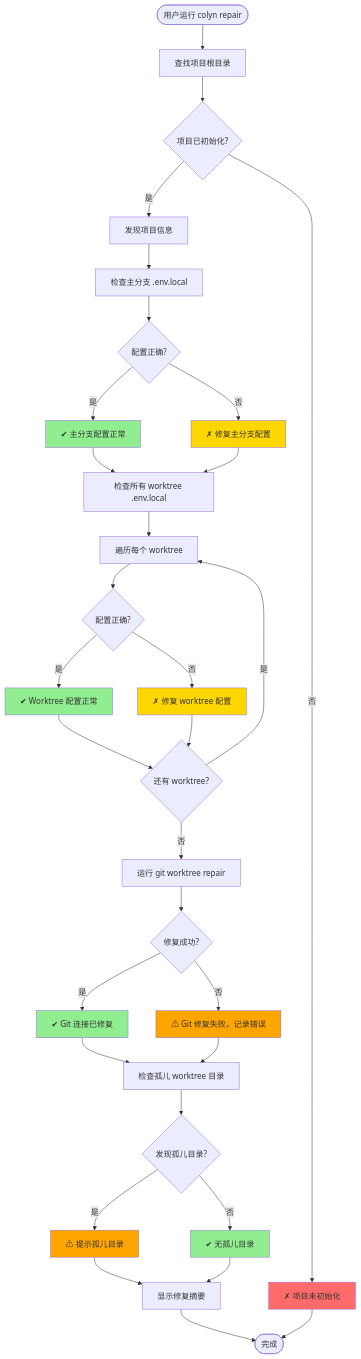
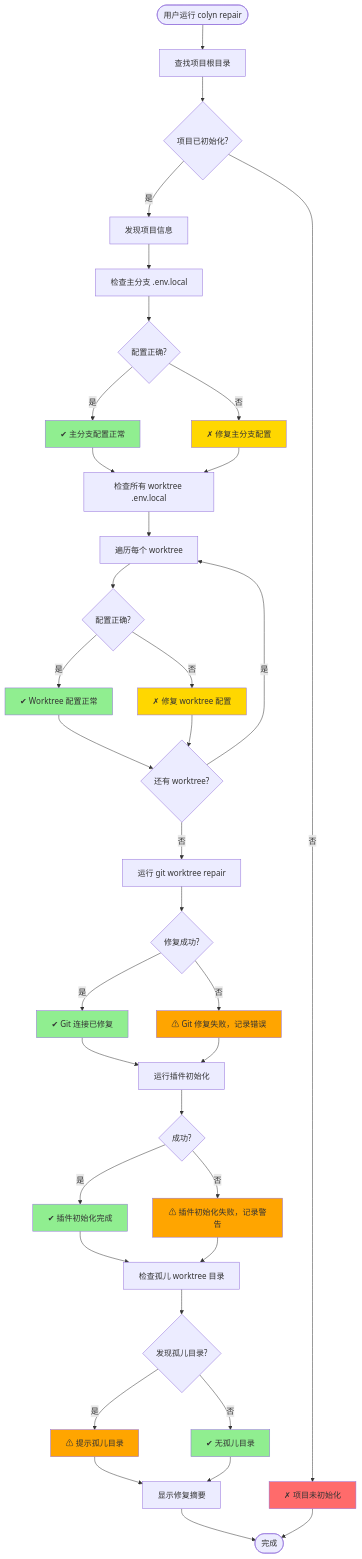
Before and after one commit to colin-han/colyn: the first of 4 diagrams in docs/design-repair-command.md, drawn with Mermaid. The commit also changed other lines of this file and 9 other files, not shown here.

````diff
--- a/docs/design-repair-command.md
+++ b/docs/design-repair-command.md
@@ -142,53 +144,62 @@
 ```mermaid
 graph TD
     Start([用户运行 colyn repair]) --> FindRoot[查找项目根目录]
     FindRoot --> CheckInit{项目已初始化?}
 
     CheckInit -->|否| ErrorNotInit[✗ 项目未初始化]
     CheckInit -->|是| Discovery[发现项目信息]
 
     Discovery --> CheckMain[检查主分支 .env.local]
     CheckMain --> MainOK{配置正确?}
     MainOK -->|是| MainPass[✔ 主分支配置正常]
     MainOK -->|否| FixMain[✗ 修复主分支配置]
 
     MainPass --> CheckWorktrees[检查所有 worktree .env.local]
     FixMain --> CheckWorktrees
 
     CheckWorktrees --> ForEachWT[遍历每个 worktree]
     ForEachWT --> WTOK{配置正确?}
     WTOK -->|是| WTPass[✔ Worktree 配置正常]
     WTOK -->|否| FixWT[✗ 修复 worktree 配置]
 
     WTPass --> NextWT{还有 worktree?}
     FixWT --> NextWT
     NextWT -->|是| ForEachWT
     NextWT -->|否| RepairGit[运行 git worktree repair]
 
     RepairGit --> GitOK{修复成功?}
     GitOK -->|是| GitPass[✔ Git 连接已修复]
     GitOK -->|否| GitFail[⚠ Git 修复失败，记录错误]
 
-    GitPass --> CheckOrphan[检查孤儿 worktree 目录]
-    GitFail --> CheckOrphan
+    GitPass --> RunPlugins[运行插件初始化]
+    GitFail --> RunPlugins
+
+    RunPlugins --> PluginOK{成功?}
+    PluginOK -->|是| PluginPass[✔ 插件初始化完成]
+    PluginOK -->|否| PluginFail[⚠ 插件初始化失败，记录警告]
+
+    PluginPass --> CheckOrphan[检查孤儿 worktree 目录]
+    PluginFail --> CheckOrphan
 
     CheckOrphan --> HasOrphan{发现孤儿目录?}
     HasOrphan -->|是| WarnOrphan[⚠ 提示孤儿目录]
     HasOrphan -->|否| NoOrphan[✔ 无孤儿目录]
 
     WarnOrphan --> ShowSummary[显示修复摘要]
     NoOrphan --> ShowSummary
 
     ShowSummary --> End([完成])
     ErrorNotInit --> End
 
     style MainPass fill:#90EE90
     style WTPass fill:#90EE90
     style GitPass fill:#90EE90
+    style PluginPass fill:#90EE90
     style NoOrphan fill:#90EE90
     style FixMain fill:#FFD700
     style FixWT fill:#FFD700
     style GitFail fill:#FFA500
+    style PluginFail fill:#FFA500
     style WarnOrphan fill:#FFA500
     style ErrorNotInit fill:#FF6B6B
 ```
````
